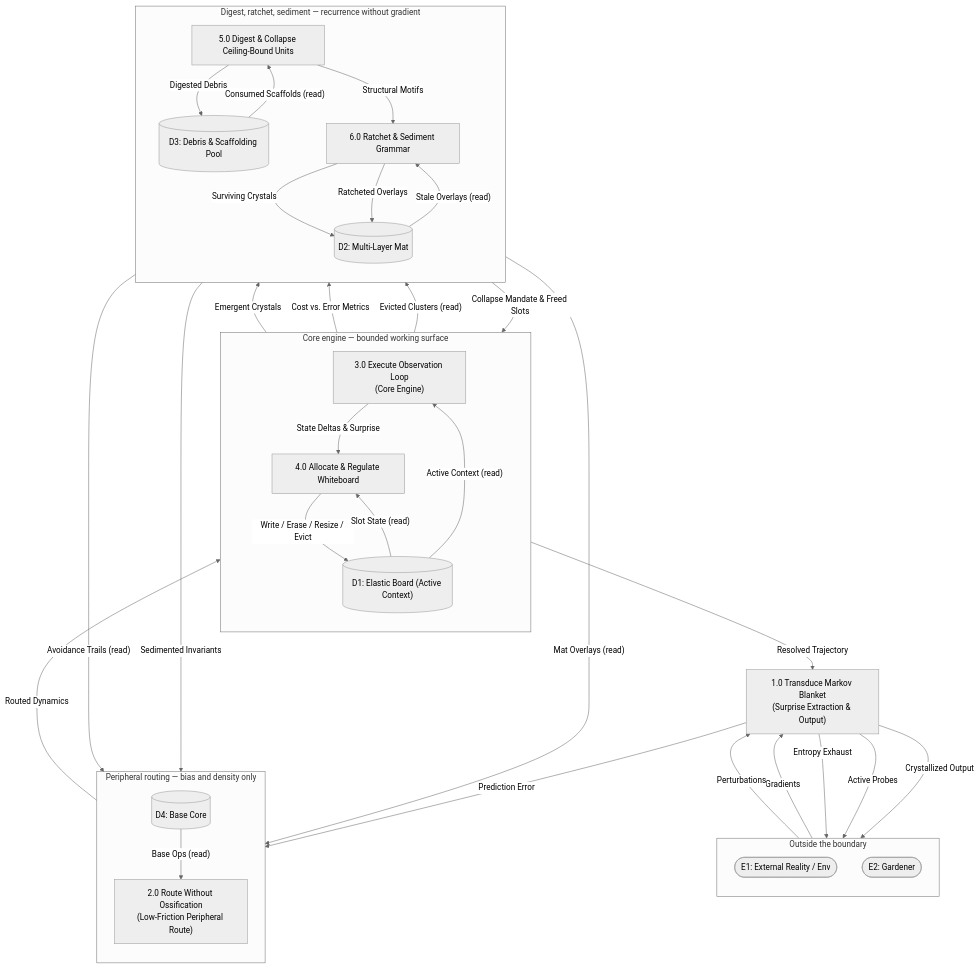
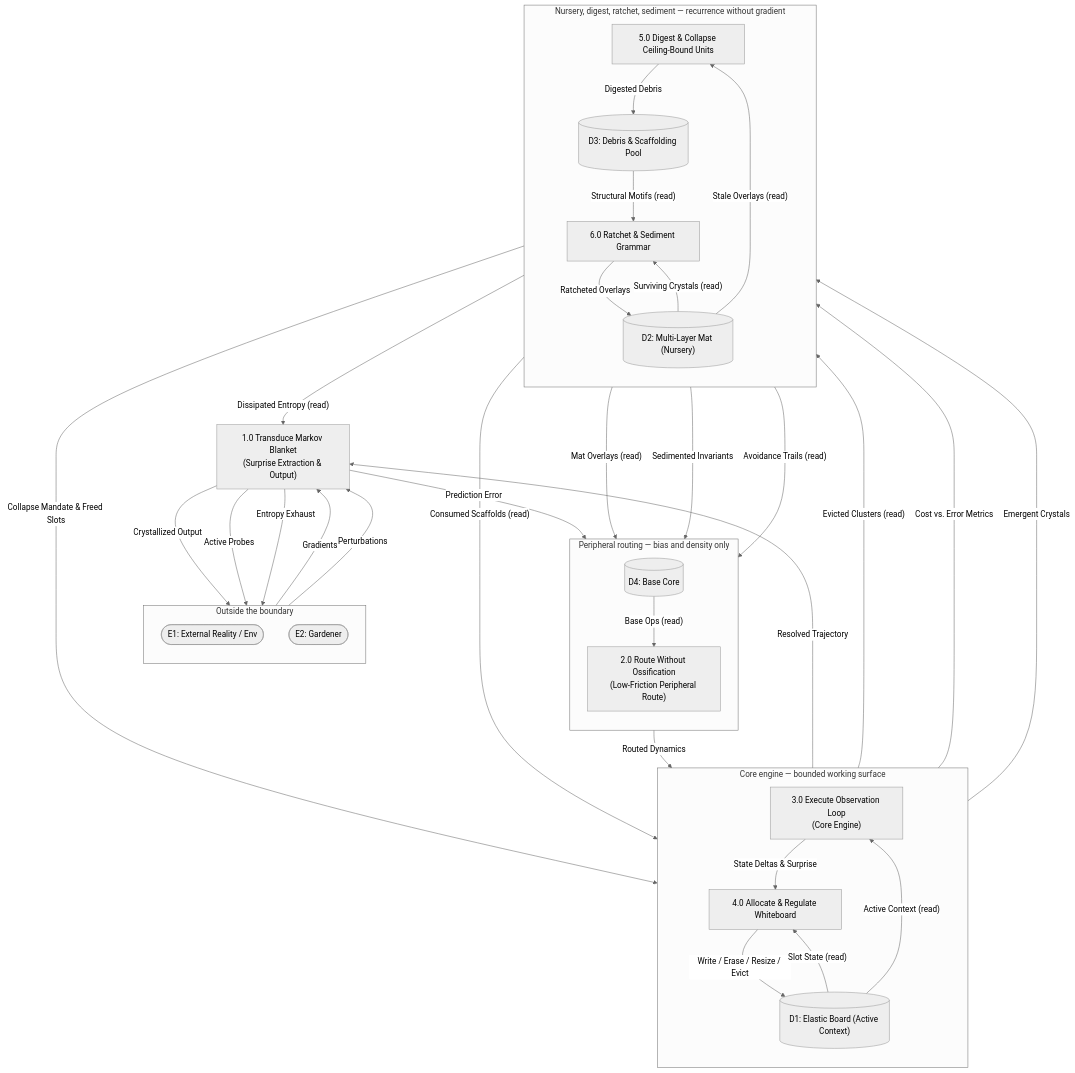
The diagram in v0.10-untested.md (bimdev1/amateur), drawn with Mermaid (neutral theme) before and after one commit. The commit also changed other lines of this file and 24 other files, not shown here.

````diff
--- a/v0.10-untested.md
+++ b/v0.10-untested.md
@@ -9,62 +16,63 @@
 ```mermaid
 flowchart TB
 
     subgraph OUTSIDE["Outside the boundary"]
         direction TB
         E1(["E1: External Reality / Env"])
         E2(["E2: Gardener"])
     end
 
     P1["1.0 Transduce Markov Blanket<br>(Surprise Extraction & Output)"]
 
     subgraph PERIPHERY["Peripheral routing — bias and density only"]
         direction TB
         P2["2.0 Route Without Ossification<br>(Low-Friction Peripheral Route)"]
         D4[("D4: Base Core")]
     end
 
     subgraph CORE["Core engine — bounded working surface"]
         direction TB
         P3["3.0 Execute Observation Loop<br>(Core Engine)"]
         D1[("D1: Elastic Board (Active Context)")]
         P4["4.0 Allocate & Regulate Whiteboard"]
     end
 
-    subgraph SEDIMENT["Digest, ratchet, sediment — recurrence without gradient"]
+    subgraph SEDIMENT["Nursery, digest, ratchet, sediment — recurrence without gradient"]
         direction TB
         P5["5.0 Digest & Collapse Ceiling-Bound Units"]
         P6["6.0 Ratchet & Sediment Grammar"]
-        D2[("D2: Multi-Layer Mat")]
+        D2[("D2: Multi-Layer Mat (Nursery)")]
         D3[("D3: Debris & Scaffolding Pool")]
     end
 
     E2 -->|"Gradients"| P1
     P1 -->|"Crystallized Output"| E2
     E1 -->|"Perturbations"| P1
     P1 -->|"Active Probes"| E1
     P1 -->|"Entropy Exhaust"| E1
 
     P1 -->|"Prediction Error"| P2
     D4 -->|"Base Ops (read)"| P2
     D2 -->|"Mat Overlays (read)"| P2
     P2 -->|"Routed Dynamics"| P3
     P3 -->|"Resolved Trajectory"| P1
 
     D1 -->|"Active Context (read)"| P3
     P3 -->|"State Deltas & Surprise"| P4
     P4 -->|"Write / Erase / Resize / Evict"| D1
     D1 -->|"Slot State (read)"| P4
     D1 -->|"Evicted Clusters (read)"| P5
-    P4 -->|"Cost vs. Error Metrics"| P5
+    P3 -->|"Cost vs. Error Metrics"| P5
     P5 -->|"Collapse Mandate & Freed Slots"| P4
 
-    P3 -->|"Emergent Crystals"| P5
+    P3 -->|"Emergent Crystals"| D2
     P5 -->|"Digested Debris"| D3
-    D3 -->|"Consumed Scaffolds (read)"| P5
-    P5 -->|"Structural Motifs"| P6
+    D3 -->|"Consumed Scaffolds (read)"| P4
+    D3 -->|"Structural Motifs (read)"| P6
     P6 -->|"Sedimented Invariants"| D4
-    P6 -->|"Surviving Crystals"| D2
+    D2 -->|"Surviving Crystals (read)"| P6
     P6 -->|"Ratcheted Overlays"| D2
-    D2 -->|"Stale Overlays (read)"| P6
+    D2 -->|"Stale Overlays (read)"| P5
     D3 -->|"Avoidance Trails (read)"| P2
+    D3 -->|"Dissipated Entropy (read)"| P1
 ```
````
